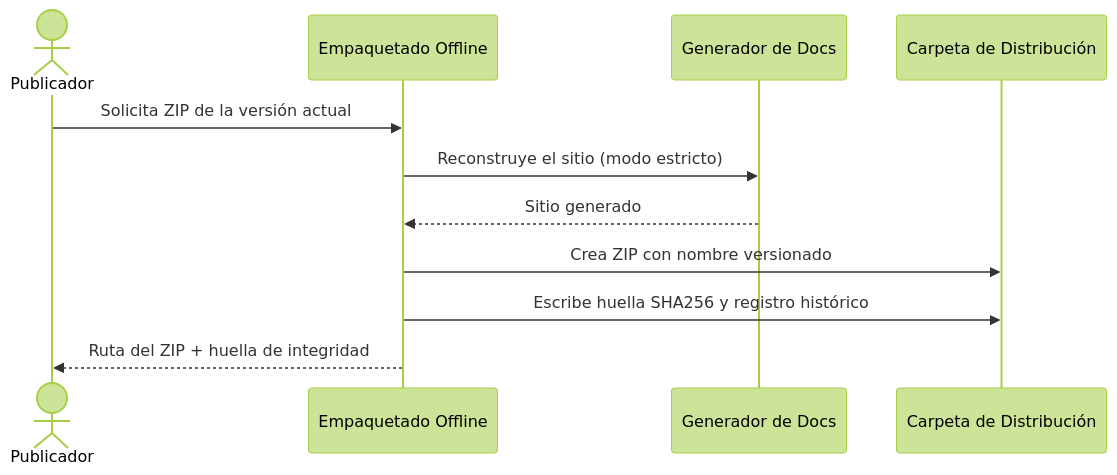
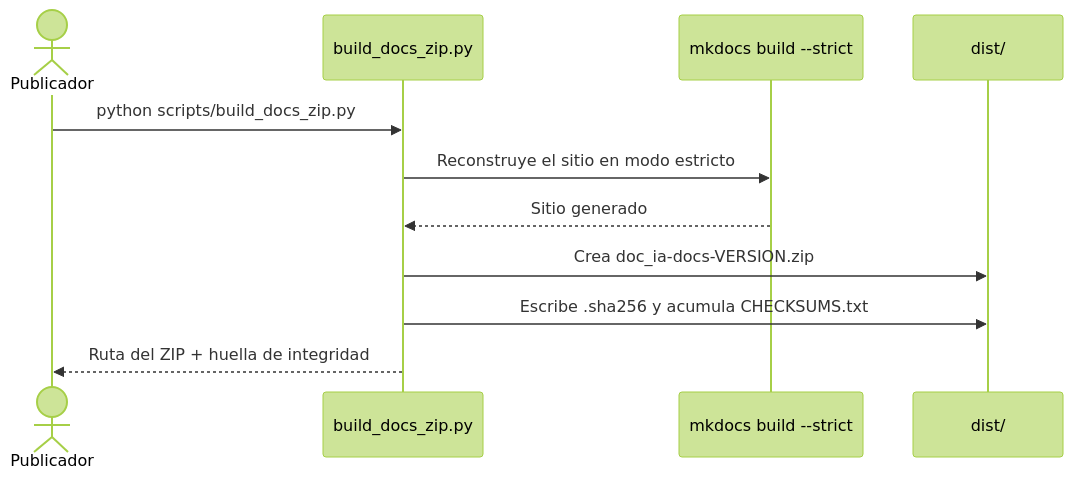
The second of 2 diagrams in docs/functional/build_docs_zip.md (fmanza/doc_ia), drawn with Mermaid (forest theme) before and after one commit. The commit also changed other lines of this file and 8 other files, not shown here.

First line of the commit message:
docs(doc_ia): documentar hook MkDocs como mecanismo dual ZIP offline

````diff
--- a/docs/functional/build_docs_zip.md
+++ b/docs/functional/build_docs_zip.md
@@ -28,14 +56,14 @@
 ```mermaid
 sequenceDiagram
     actor Pub as Publicador
-    participant Zip as Empaquetado Offline
-    participant Gen as Generador de Docs
-    participant Dist as Carpeta de Distribución
+    participant Script as build_docs_zip.py
+    participant Gen as mkdocs build --strict
+    participant Dist as dist/
 
-    Pub->>Zip: Solicita ZIP de la versión actual
-    Zip->>Gen: Reconstruye el sitio (modo estricto)
-    Gen-->>Zip: Sitio generado
-    Zip->>Dist: Crea ZIP con nombre versionado
-    Zip->>Dist: Escribe huella SHA256 y registro histórico
-    Zip-->>Pub: Ruta del ZIP + huella de integridad
+    Pub->>Script: python scripts/build_docs_zip.py
+    Script->>Gen: Reconstruye el sitio en modo estricto
+    Gen-->>Script: Sitio generado
+    Script->>Dist: Crea doc_ia-docs-VERSION.zip
+    Script->>Dist: Escribe .sha256 y acumula CHECKSUMS.txt
+    Script-->>Pub: Ruta del ZIP + huella de integridad
 ```
````
